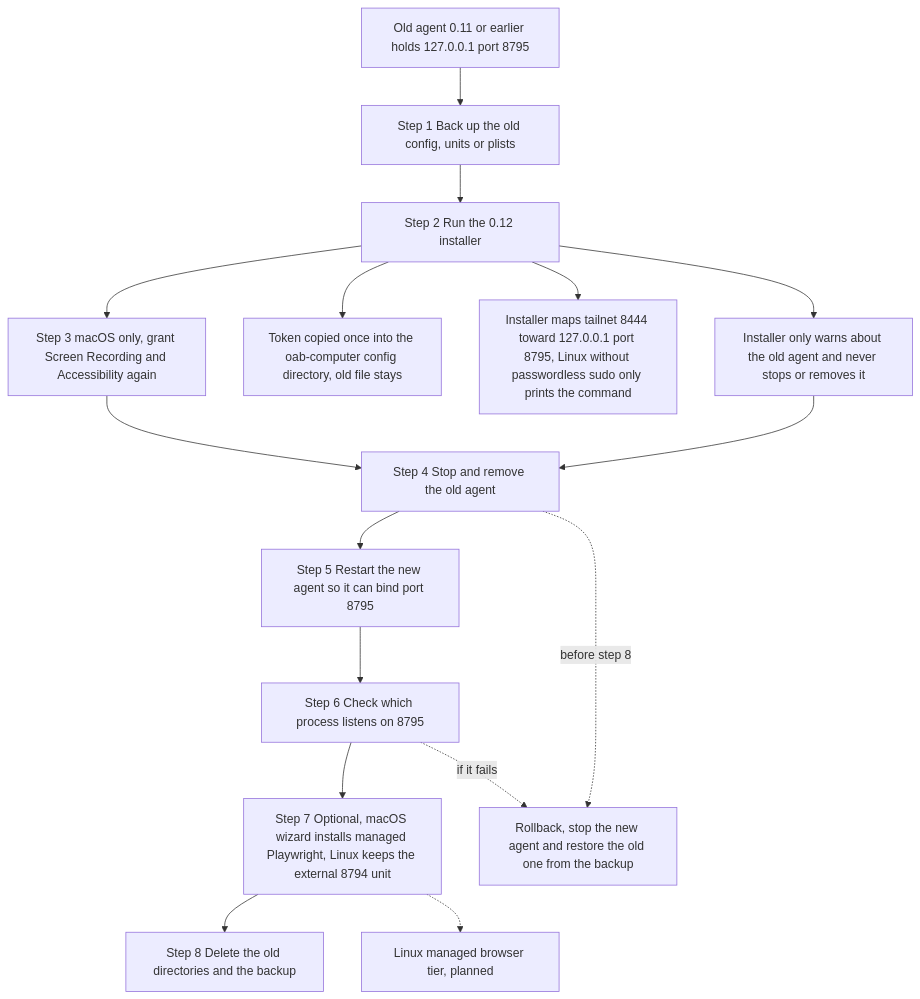
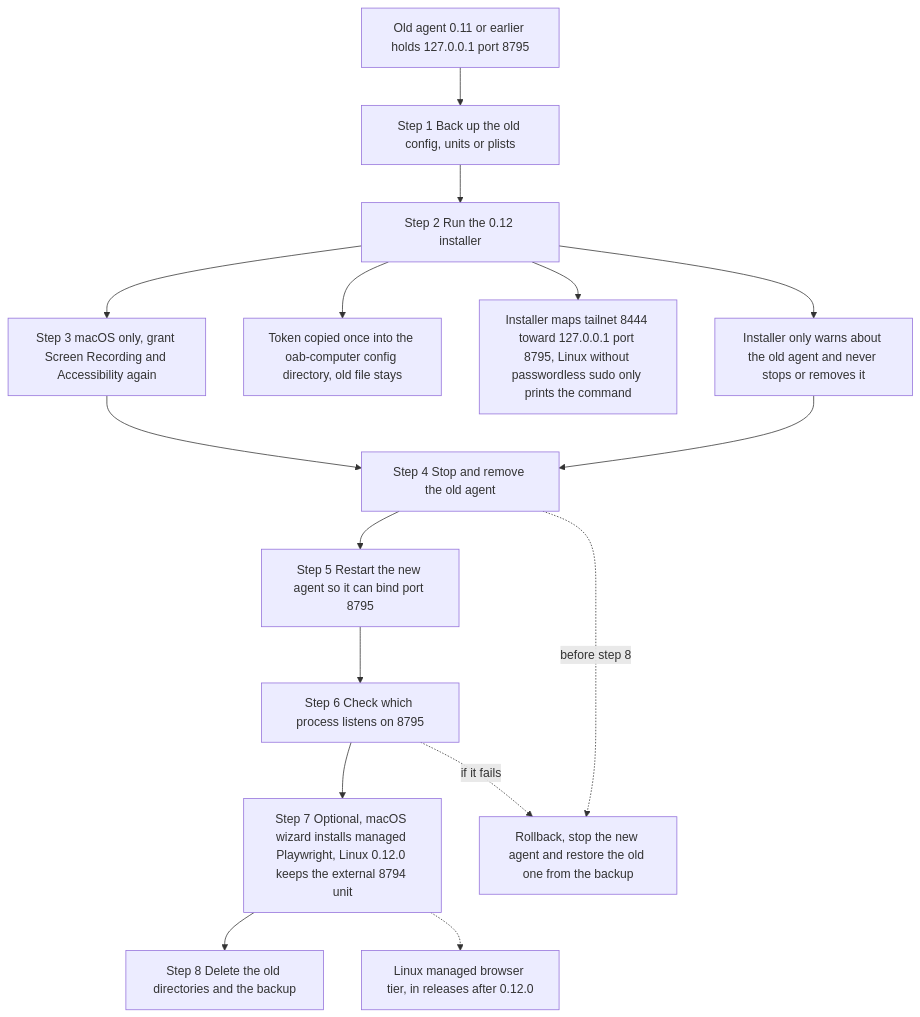
One commit to openabdev/openab-computer changed the diagram in docs/upgrade-0.12.md. Above: the diagram before and after it, drawn with Mermaid. The commit also changed other lines of this file and 11 other files, not shown here.

````diff
--- a/docs/upgrade-0.12.md
+++ b/docs/upgrade-0.12.md
@@ -53,29 +62,29 @@
 ```mermaid
 flowchart TB
     old["Old agent 0.11 or earlier holds 127.0.0.1 port 8795"]
     backup["Step 1 Back up the old config, units or plists"]
     install["Step 2 Run the 0.12 installer"]
     warn["Installer only warns about the old agent and never stops or removes it"]
     token["Token copied once into the oab-computer config directory, old file stays"]
     serve["Installer maps tailnet 8444 toward 127.0.0.1 port 8795, Linux without passwordless sudo only prints the command"]
     grants["Step 3 macOS only, grant Screen Recording and Accessibility again"]
     retire["Step 4 Stop and remove the old agent"]
     start["Step 5 Restart the new agent so it can bind port 8795"]
     check["Step 6 Check which process listens on 8795"]
-    browser["Step 7 Optional, macOS wizard installs managed Playwright, Linux keeps the external 8794 unit"]
-    linuxmanaged["Linux managed browser tier, planned"]
+    browser["Step 7 Optional, macOS wizard installs managed Playwright, Linux 0.12.0 keeps the external 8794 unit"]
+    linuxmanaged["Linux managed browser tier, in releases after 0.12.0"]
     cleanup["Step 8 Delete the old directories and the backup"]
     rollback["Rollback, stop the new agent and restore the old one from the backup"]
 
     old --> backup --> install
     install --> warn
     install --> token
     install --> serve
     install --> grants
     grants --> retire
     warn --> retire
     retire --> start --> check --> browser --> cleanup
     browser -.-> linuxmanaged
     check -. "if it fails" .-> rollback
     retire -. "before step 8" .-> rollback
 ```
````
